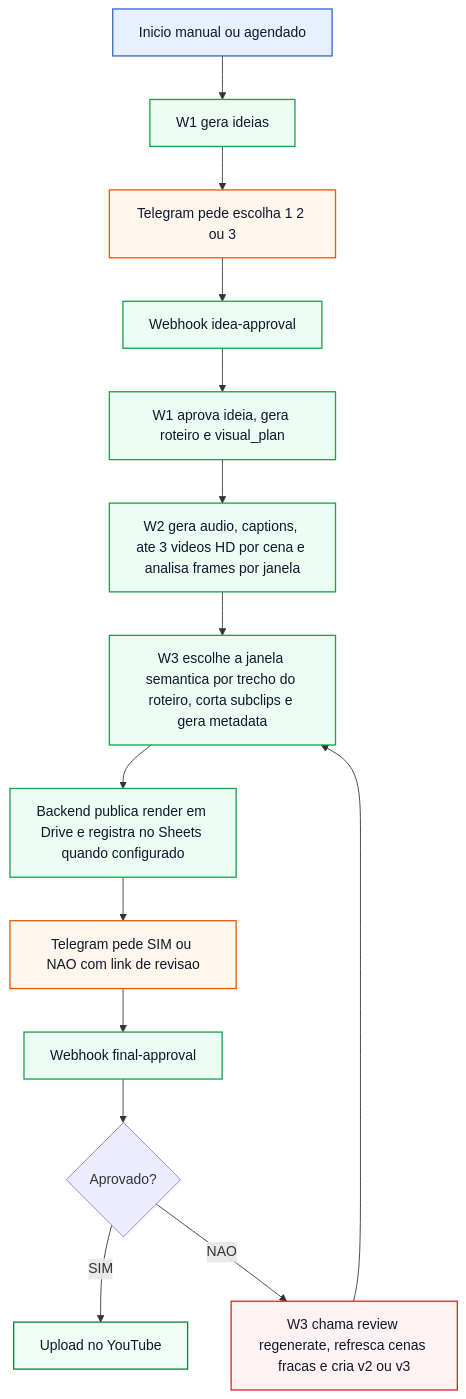
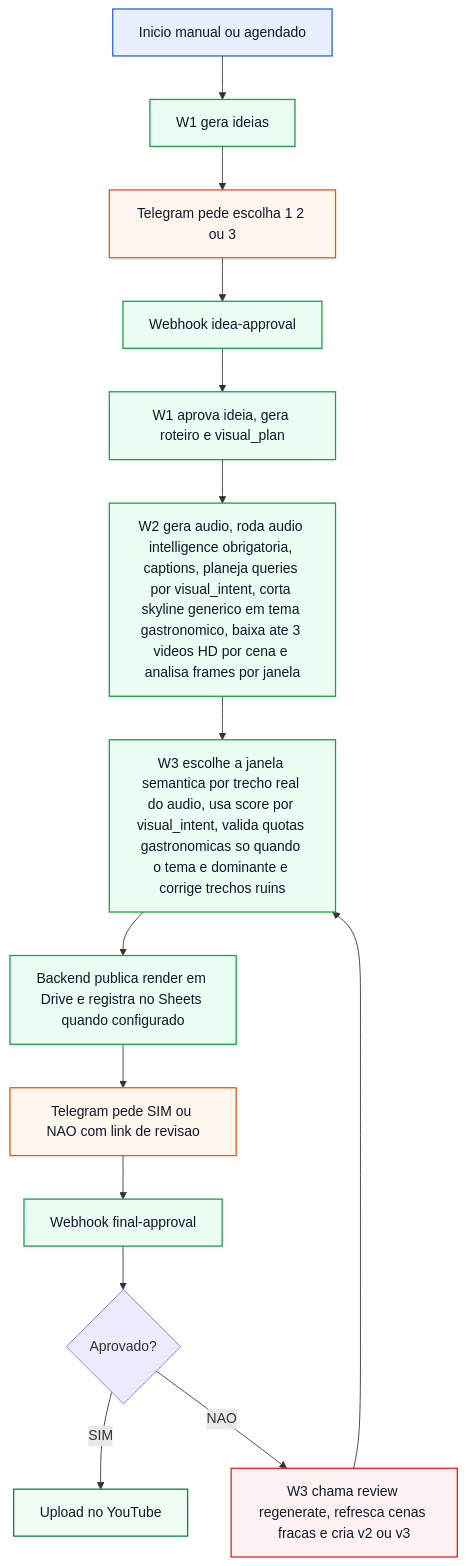
One commit to hubia-projects/automacao-youtube-n8n changed the second of 2 diagrams in fluxo-visual.md. Above: the diagram before and after it, drawn with Mermaid. The commit also changed other lines of this file and 50 other files, not shown here.

````diff
--- a/fluxo-visual.md
+++ b/fluxo-visual.md
@@ -51,22 +51,22 @@
 ```mermaid
 flowchart TD
     classDef start fill:#e8f0ff,stroke:#3366cc,color:#0f172a,stroke-width:1.5px;
     classDef proc fill:#ecfdf3,stroke:#16a34a,color:#0f172a,stroke-width:1.5px;
     classDef wait fill:#fff7ed,stroke:#ea580c,color:#0f172a,stroke-width:1.5px;
     classDef endok fill:#f0fdf4,stroke:#15803d,color:#0f172a,stroke-width:1.5px;
     classDef endno fill:#fef2f2,stroke:#dc2626,color:#0f172a,stroke-width:1.5px;
 
     A[Inicio manual ou agendado]:::start --> B[W1 gera ideias]:::proc
     B --> C[Telegram pede escolha 1 2 ou 3]:::wait
     C --> D[Webhook idea-approval]:::proc
     D --> E[W1 aprova ideia, gera roteiro e visual_plan]:::proc
-    E --> F[W2 gera audio, captions, ate 3 videos HD por cena e analisa frames por janela]:::proc
-    F --> G[W3 escolhe a janela semantica por trecho do roteiro, corta subclips e gera metadata]:::proc
+    E --> F[W2 gera audio, roda audio intelligence obrigatoria, captions, planeja queries por visual_intent, corta skyline generico em tema gastronomico, baixa ate 3 videos HD por cena e analisa frames por janela]:::proc
+    F --> G[W3 escolhe a janela semantica por trecho real do audio, usa score por visual_intent, valida quotas gastronomicas so quando o tema e dominante e corrige trechos ruins]:::proc
     G --> H[Backend publica render em Drive e registra no Sheets quando configurado]:::proc
     H --> I[Telegram pede SIM ou NAO com link de revisao]:::wait
     I --> J[Webhook final-approval]:::proc
     J --> K{Aprovado?}
     K -->|SIM| L[Upload no YouTube]:::endok
     K -->|NAO| M[W3 chama review regenerate, refresca cenas fracas e cria v2 ou v3]:::endno
     M --> G
 ```
````
